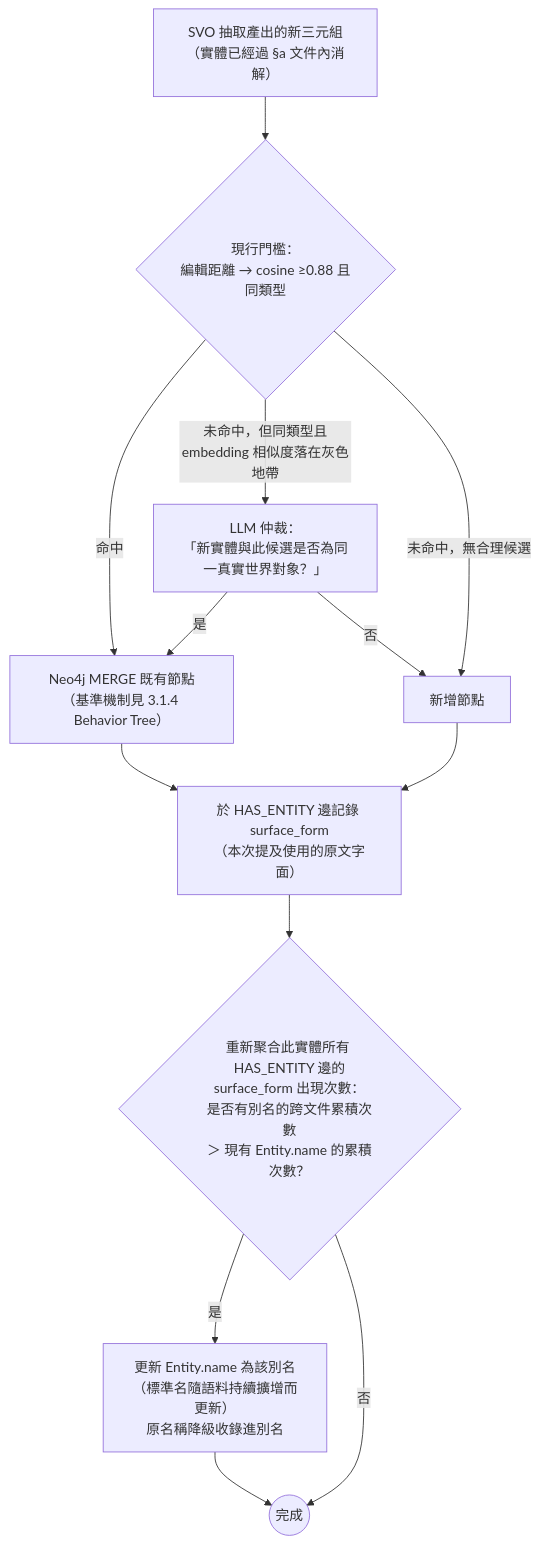
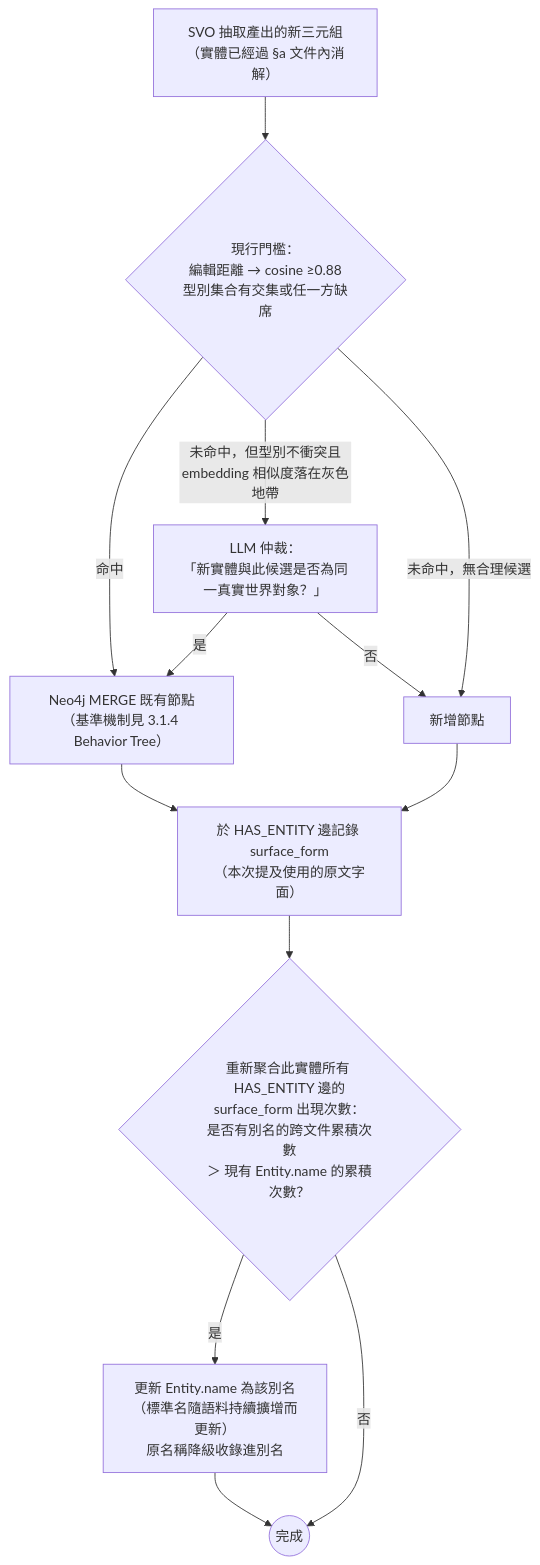
Before and after one commit to Chester930/world-knowledge-graph-rag: diagram 11 of 14 in docs/論文/03_系統設計與方法論.md, drawn with Mermaid. The commit also changed other lines of this file and 11 other files, not shown here.

````diff
--- a/docs/論文/03_系統設計與方法論.md
+++ b/docs/論文/03_系統設計與方法論.md
@@ -399,15 +432,15 @@
 ```mermaid
 flowchart TD
-    NEWTRIPLE["SVO 抽取產出的新三元組<br/>（實體已經過 §a 文件內消解）"] --> DEDUP3{"現行門檻：<br/>編輯距離 → cosine ≥0.88 且同類型"}
+    NEWTRIPLE["SVO 抽取產出的新三元組<br/>（實體已經過 §a 文件內消解）"] --> DEDUP3{"現行門檻：<br/>編輯距離 → cosine ≥0.88<br/>型別集合有交集或任一方缺席"}
     DEDUP3 -->|命中| MERGE2["Neo4j MERGE 既有節點<br/>（基準機制見 3.1.4 Behavior Tree）"]
-    DEDUP3 -->|"未命中，但同類型且<br/>embedding 相似度落在灰色地帶"| ESCALATE["LLM 仲裁：<br/>「新實體與此候選是否為同一真實世界對象？」"]
+    DEDUP3 -->|"未命中，但型別不衝突且<br/>embedding 相似度落在灰色地帶"| ESCALATE["LLM 仲裁：<br/>「新實體與此候選是否為同一真實世界對象？」"]
     DEDUP3 -->|"未命中，無合理候選"| CREATE2["新增節點"]
     ESCALATE -->|是| MERGE2
     ESCALATE -->|否| CREATE2
     MERGE2 --> RECORD3B["於 HAS_ENTITY 邊記錄 surface_form<br/>（本次提及使用的原文字面）"]
     CREATE2 --> RECORD3B
     RECORD3B --> RECHECK{"重新聚合此實體所有 HAS_ENTITY 邊的<br/>surface_form 出現次數：<br/>是否有別名的跨文件累積次數<br/>＞ 現有 Entity.name 的累積次數？"}
     RECHECK -->|是| UPDATENAME["更新 Entity.name 為該別名<br/>（標準名隨語料持續擴增而更新）<br/>原名稱降級收錄進別名"]
     RECHECK -->|否| DONE2(("完成"))
     UPDATENAME --> DONE2
 ```
````
